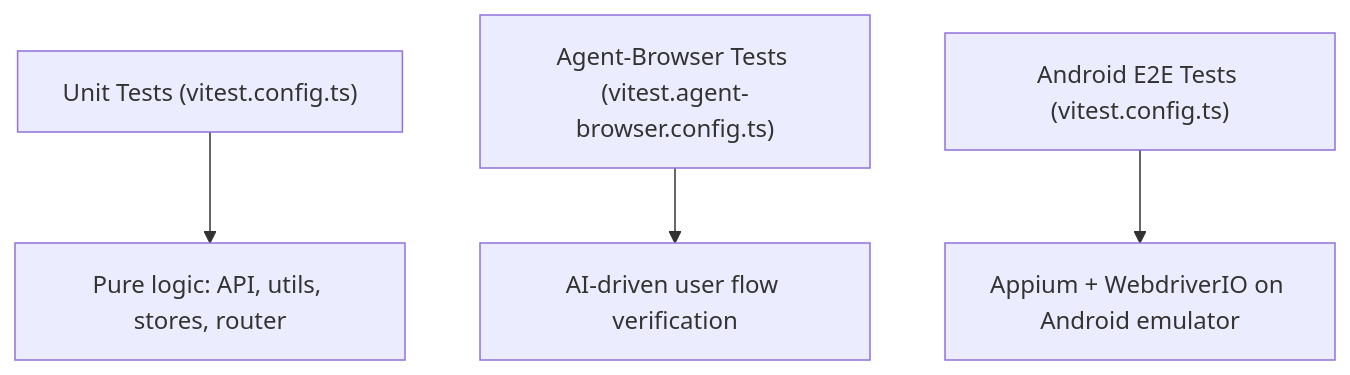
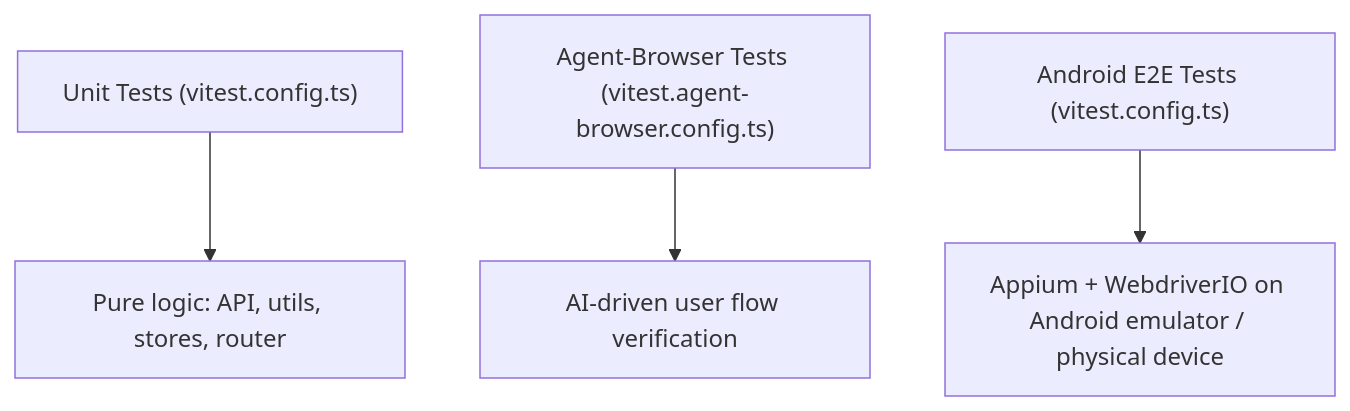
The diagram in openwiki/testing/overview.md (a1121611810/Pictelio), drawn with Mermaid before and after one commit. The commit also changed other lines of this file and 3 other files, not shown here.

````diff
--- a/openwiki/testing/overview.md
+++ b/openwiki/testing/overview.md
@@ -20,6 +20,6 @@
 ```mermaid
 flowchart TD
     U["Unit Tests (vitest.config.ts)"] --> S["Pure logic: API, utils, stores, router"]
     A["Agent-Browser Tests (vitest.agent-browser.config.ts)"] --> AI["AI-driven user flow verification"]
-    E["Android E2E Tests (vitest.config.ts)"] --> EMU["Appium + WebdriverIO on Android emulator"]
+    E["Android E2E Tests (vitest.config.ts)"] --> EMU["Appium + WebdriverIO on Android emulator / physical device"]
 ```
````
